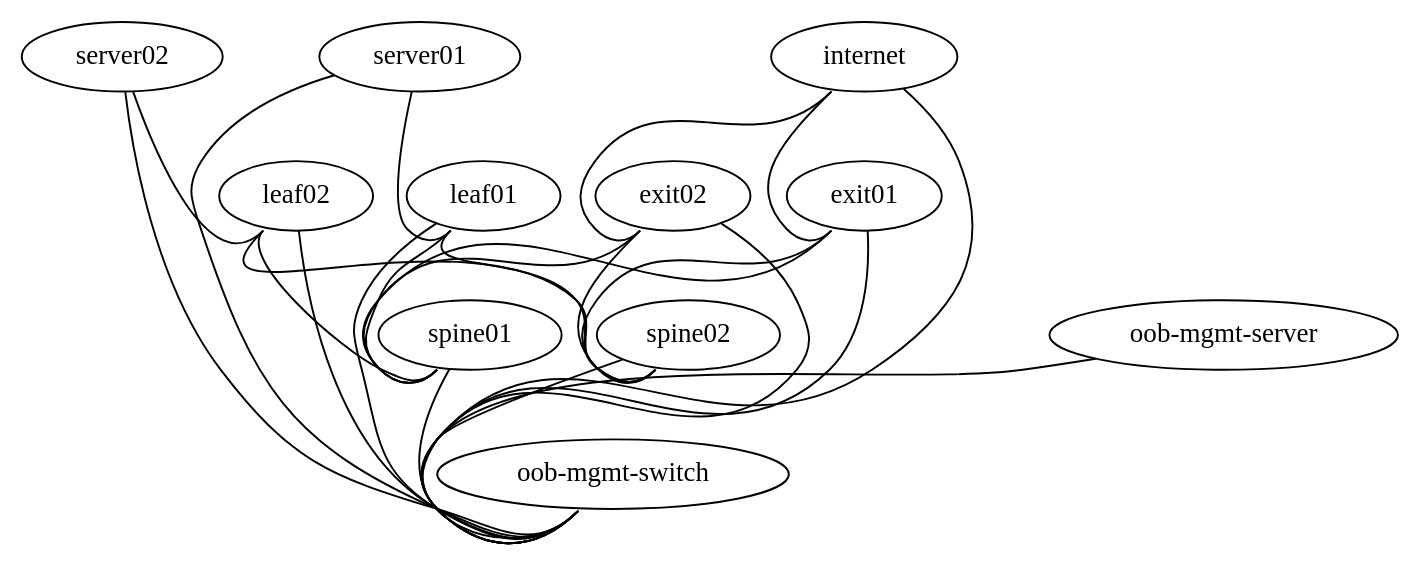
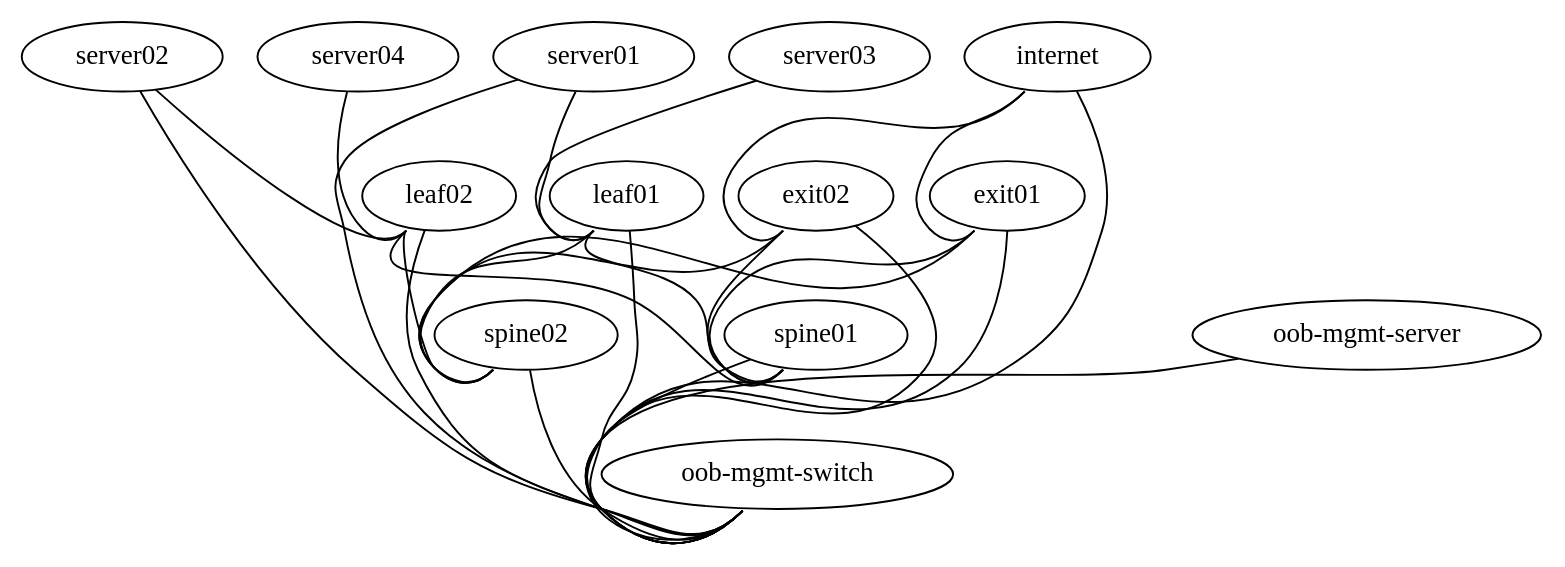
The diagram in topology.dot (Cloudofyou/cconp-lab), drawn with Graphviz before and after one commit.

```diff
--- a/topology.dot
+++ b/topology.dot
@@ -1,40 +1,44 @@
 graph vx {
  "leaf01" [function="leaf" os="CumulusCommunity/cumulus-vx" version="3.7.3" memory="768" config="./helper_scripts/config_switch.sh" ]
  "leaf02" [function="leaf" os="CumulusCommunity/cumulus-vx" version="3.7.3" memory="768" config="./helper_scripts/config_switch.sh" ]
  "spine01" [function="spine" os="CumulusCommunity/cumulus-vx" version="3.7.3" memory="768" config="./helper_scripts/config_switch.sh" ]
  "spine02" [function="spine" os="CumulusCommunity/cumulus-vx" version="3.7.3" memory="768" config="./helper_scripts/config_switch.sh" ]
  "exit01" [function="exit" os="CumulusCommunity/cumulus-vx" version="3.7.3" memory="768" config="./helper_scripts/config_switch.sh" ]
  "exit02" [function="exit" os="CumulusCommunity/cumulus-vx" version="3.7.3" memory="768" config="./helper_scripts/config_switch.sh" ]
  "server01" [function="host" os="yk0/ubuntu-xenial" memory="512" config="./helper_scripts/config_server.sh" ]
  "server02" [function="host" os="yk0/ubuntu-xenial" memory="512" config="./helper_scripts/config_server.sh" ]
+ "server03" [function="host" os="yk0/ubuntu-xenial" memory="512" config="./helper_scripts/config_server.sh" ]
+ "server04" [function="host" os="yk0/ubuntu-xenial" memory="512" config="./helper_scripts/config_server.sh" ]
  "internet" [function="internet" vagrant="swp48" os="CumulusCommunity/cumulus-vx" version="3.7.3" memory="768" config="./helper_scripts/config_internet.sh" ]
  "oob-mgmt-switch" [function="oob-switch" vagrant="eth0" os="CumulusCommunity/cumulus-vx" version="3.7.3" memory="768" config="./helper_scripts/config_oob_switch.sh" ]
  "oob-mgmt-server" [function="oob-server" vagrant="eth0" os="CumulusCommunity/vx_oob_server" version="1.0.4" memory="1024" config="./helper_scripts/config_oob_server.sh" ]
 
  "leaf01":"swp51" -- "spine01":"swp1"
  "leaf02":"swp51" -- "spine01":"swp2"
  "leaf01":"swp52" -- "spine02":"swp1"
  "leaf02":"swp52" -- "spine02":"swp2"
 
  "server01":"eth1" -- "leaf01":"swp1" [left_mac="00:03:00:11:11:01"]
  "server02":"eth2" -- "leaf02":"swp2" [left_mac="00:03:00:22:22:02"]
+ "server03":"eth2" -- "leaf01":"swp2" [left_mac="00:03:00:33:33:01"]
+ "server04":"eth1" -- "leaf02":"swp1" [left_mac="00:03:00:33:33:02"]
 
  "exit01":"swp51" -- "spine01":"swp30"
  "exit01":"swp52" -- "spine02":"swp30"
  "exit02":"swp51" -- "spine01":"swp29"
  "exit02":"swp52" -- "spine02":"swp29"
 
  "internet":"swp1" -- "exit01":"swp44"
  "internet":"swp2" -- "exit02":"swp44"
 
  "oob-mgmt-server":"eth1" -- "oob-mgmt-switch":"swp1" [right_mac="a0:00:00:00:00:61"]
  "server01":"eth0" -- "oob-mgmt-switch":"swp2" [left_mac="a0:00:00:00:00:31"]
  "server02":"eth0" -- "oob-mgmt-switch":"swp3" [left_mac="a0:00:00:00:00:32"]
  "leaf01":"eth0" -- "oob-mgmt-switch":"swp6" [left_mac="a0:00:00:00:00:11"]
  "leaf02":"eth0" -- "oob-mgmt-switch":"swp7" [left_mac="a0:00:00:00:00:12"]
  "spine01":"eth0" -- "oob-mgmt-switch":"swp10" [left_mac="a0:00:00:00:00:21"]
  "spine02":"eth0" -- "oob-mgmt-switch":"swp11" [left_mac="a0:00:00:00:00:22"]
  "exit01":"eth0" -- "oob-mgmt-switch":"swp12" [left_mac="a0:00:00:00:00:41"]
  "exit02":"eth0" -- "oob-mgmt-switch":"swp13" [left_mac="a0:00:00:00:00:42"]
  "internet":"eth0" -- "oob-mgmt-switch":"swp15" [left_mac="a0:00:00:00:00:50"]
 }
```
